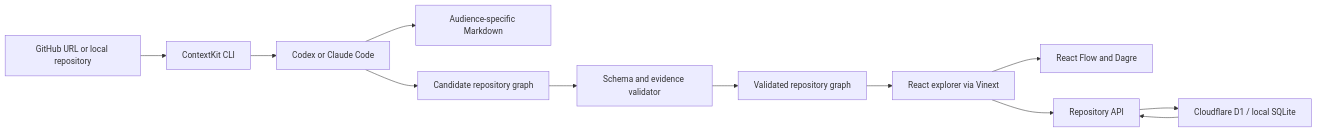
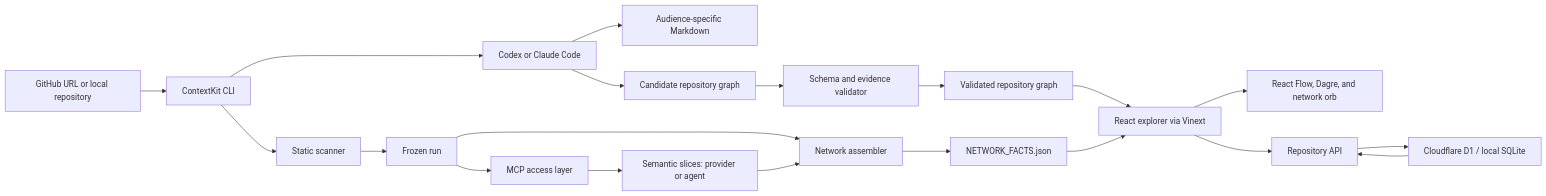
The diagram in README.md (nk-droid/contextkit), drawn with Mermaid before and after one commit. The commit also changed other lines of this file and 13 other files, not shown here.

````diff
--- a/README.md
+++ b/README.md
@@ -15,14 +15,22 @@
 ```mermaid
 graph LR
     source[GitHub URL or local repository] --> cli[ContextKit CLI]
     cli --> agent[Codex or Claude Code]
     agent --> documents[Audience-specific Markdown]
     agent --> candidate[Candidate repository graph]
     candidate --> validator[Schema and evidence validator]
     validator --> graphfile[Validated repository graph]
     graphfile --> ui[React explorer via Vinext]
-    ui --> renderer[React Flow and Dagre]
+    cli --> scanner[Static scanner]
+    scanner --> run[Frozen run]
+    run --> mcp[MCP access layer]
+    mcp --> slices[Semantic slices: provider or agent]
+    run --> assembler[Network assembler]
+    slices --> assembler
+    assembler --> facts[NETWORK_FACTS.json]
+    facts --> ui
+    ui --> renderer[React Flow, Dagre, and network orb]
     ui --> api[Repository API]
     api --> database[Cloudflare D1 / local SQLite]
     database --> api
 ```
````
